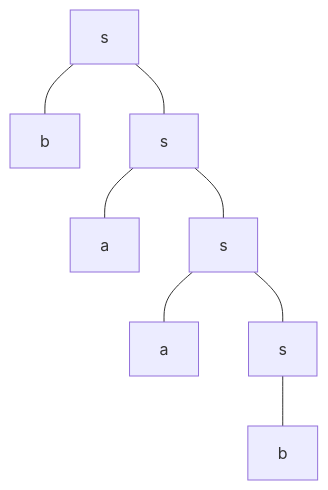
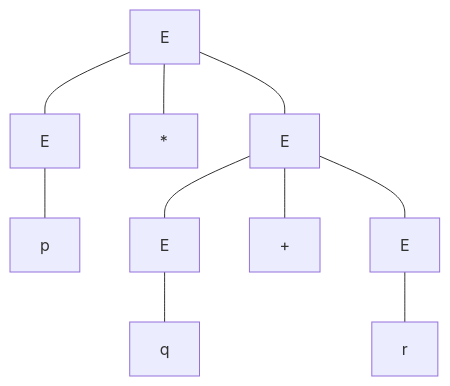
One commit to ToothlessRider/MST_Notes changed the first of 19 diagrams in MSF_2_Notes.md. Above: the diagram before and after it, drawn with Mermaid. The commit also changed other lines of this file, not shown here.

````diff
--- a/MSF_2_Notes.md
+++ b/MSF_2_Notes.md
@@ -164,7 +160,8 @@
 ```mermaid
 flowchart TD
-	a[s]---b[b] & c[s]
-	c---d[a] & e[s]
-	e---f[a] & g[s]
-	g---h[b]
+	a[E]---b[E] & c[*] & d[E]
+	b---e[p]
+	d---f[E] & g[+] & h[E]
+	f---i[q]
+	h---j[r]
 ```
````
